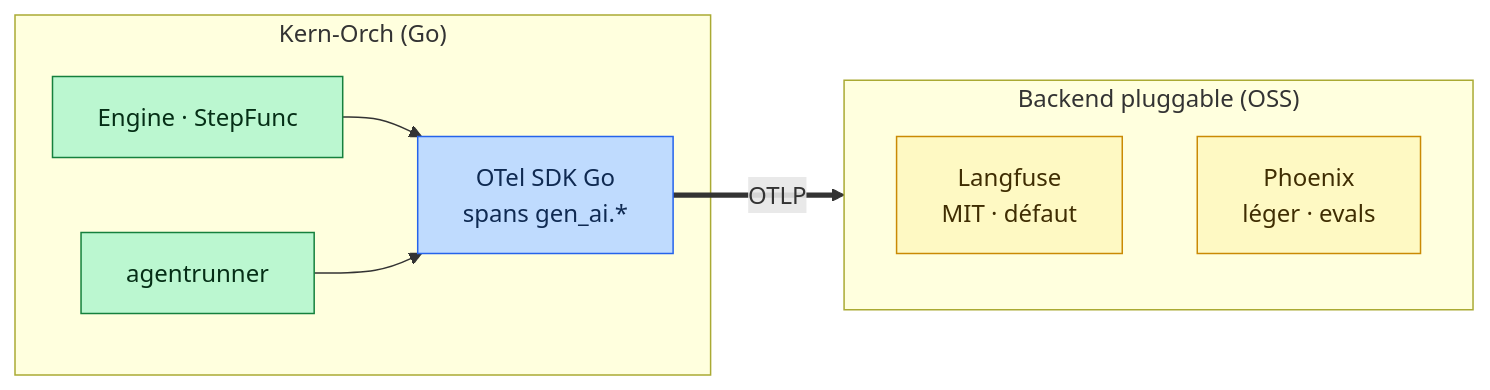
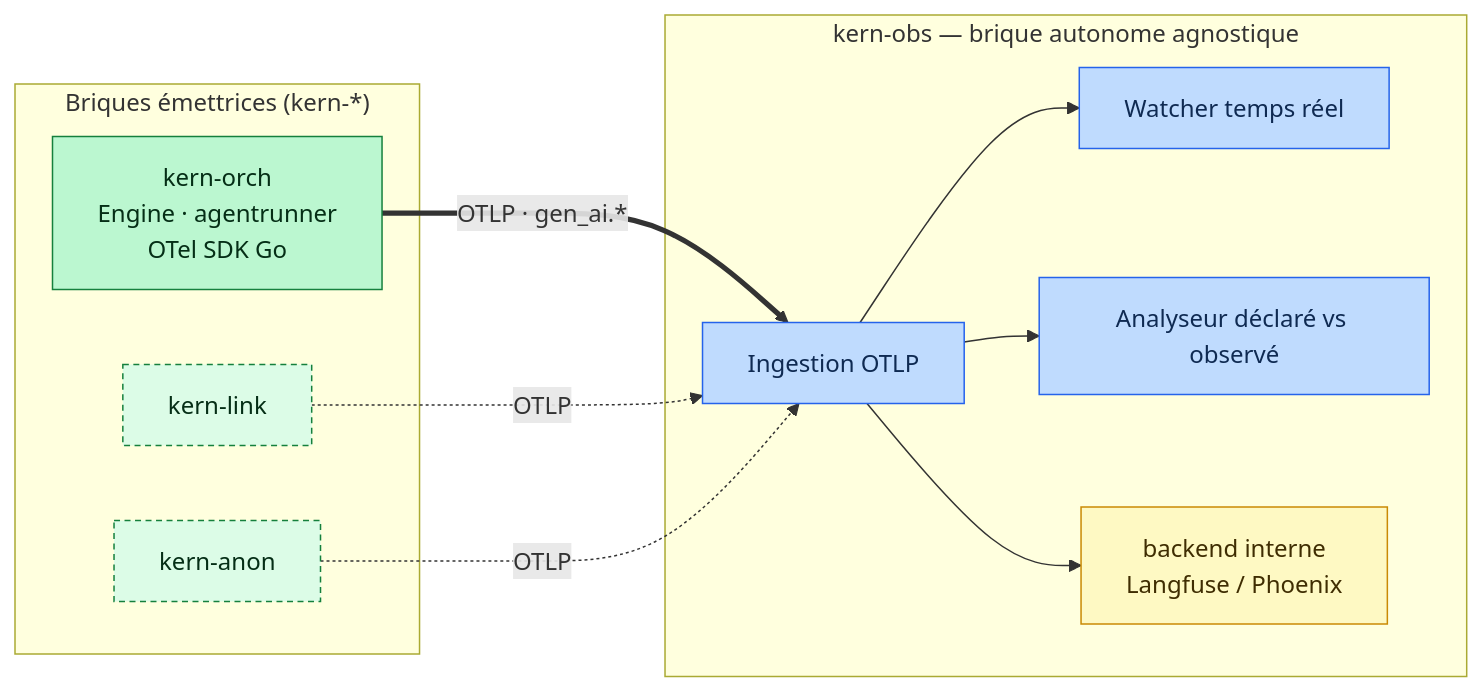
The diagram in OBSERVABILITY.md (kern-ia/Kern-Orch), drawn with Mermaid before and after one commit. The commit also changed other lines of this file and 1 other file, not shown here.

First line of the commit message:
docs: modèle en briques kern-* autonomes ; kern-obs = observabilité agnostique

````diff
--- a/OBSERVABILITY.md
+++ b/OBSERVABILITY.md
@@ -47,18 +66,24 @@
 ```mermaid
 flowchart LR
-  subgraph KO["Kern-Orch (Go)"]
-    ENG["Engine · StepFunc"]:::us
-    AR["agentrunner"]:::us
-    OTEL["OTel SDK Go<br/>spans gen_ai.*"]:::otel
+  subgraph EMIT["Briques émettrices (kern-*)"]
+    KO["kern-orch<br/>Engine · agentrunner<br/>OTel SDK Go"]:::us
+    KL["kern-link"]:::us2
+    KA["kern-anon"]:::us2
   end
-  ENG --> OTEL
-  AR --> OTEL
-  OTEL == OTLP ==> BK
-  subgraph BK["Backend pluggable (OSS)"]
-    LF["Langfuse<br/>MIT · défaut"]:::bk
-    PX["Phoenix<br/>léger · evals"]:::bk
+  subgraph OBS["kern-obs — brique autonome agnostique"]
+    ING["Ingestion OTLP"]:::otel
+    WATCH["Watcher temps réel"]:::otel
+    ANA["Analyseur déclaré vs observé"]:::otel
+    BK["backend interne<br/>Langfuse / Phoenix"]:::bk
+    ING --> BK
+    ING --> WATCH
+    ING --> ANA
   end
+  KO == "OTLP · gen_ai.*" ==> ING
+  KL -. OTLP .-> ING
+  KA -. OTLP .-> ING
   classDef us fill:#bbf7d0,stroke:#15803d,color:#052e16;
+  classDef us2 fill:#dcfce7,stroke:#15803d,color:#052e16,stroke-dasharray:4 3;
   classDef otel fill:#bfdbfe,stroke:#2563eb,color:#0f2a52;
   classDef bk fill:#fef9c3,stroke:#ca8a04,color:#3f2d02;
 ```
````
